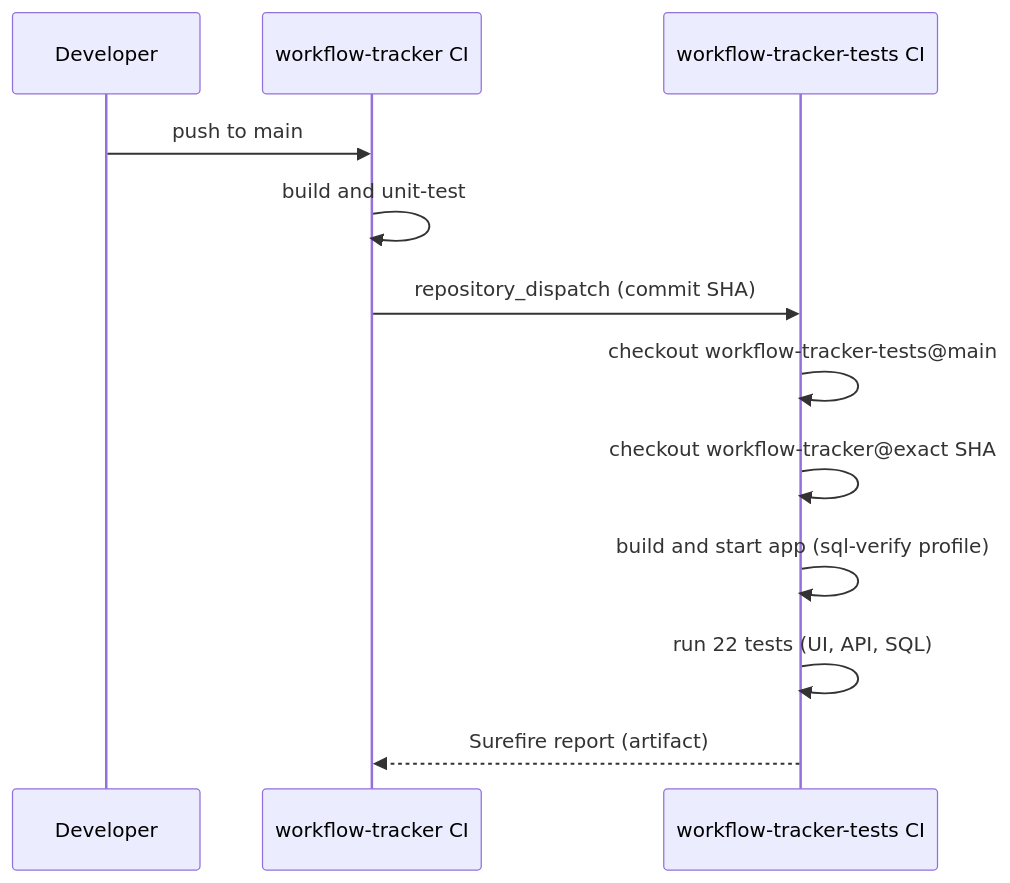
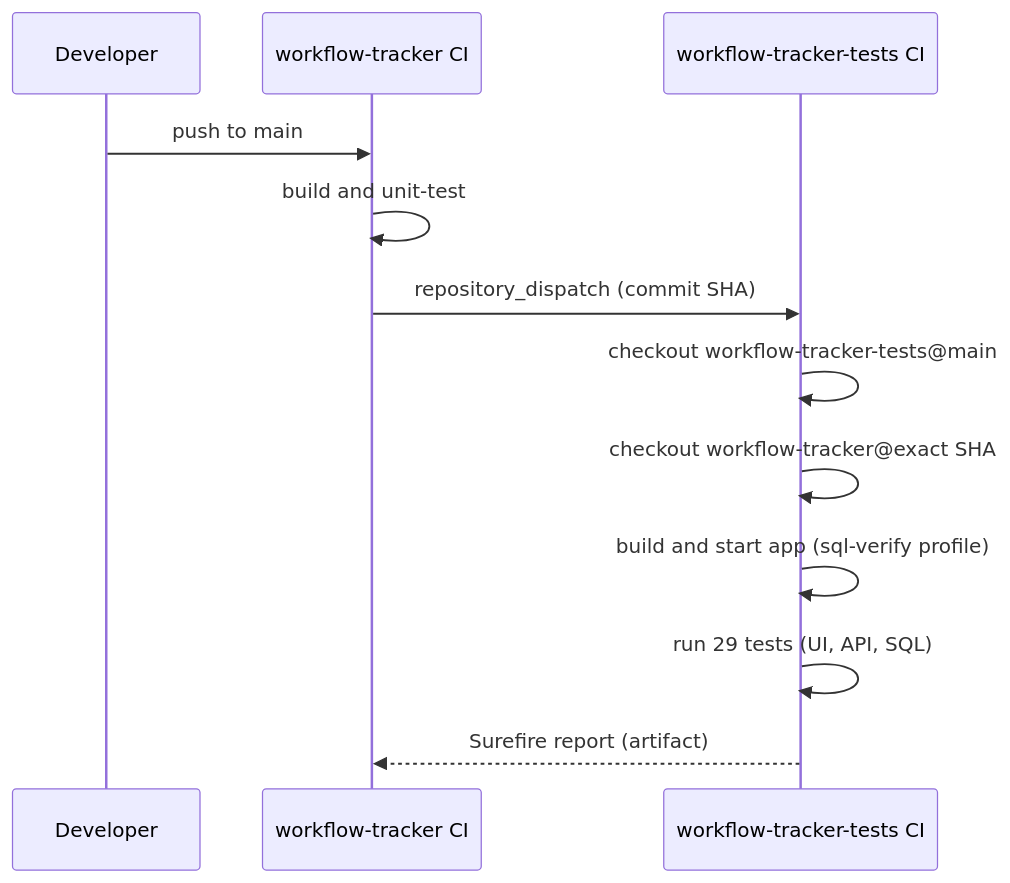
Before and after one commit to frankfulcomer/workflow-tracker-tests: the second of 2 diagrams in README.md, drawn with Mermaid. The commit also changed other lines of this file and 8 other files, not shown here.

````diff
--- a/README.md
+++ b/README.md
@@ -63,15 +63,15 @@
 ```mermaid
 sequenceDiagram
     participant Dev as Developer
     participant App as workflow-tracker CI
     participant Tests as workflow-tracker-tests CI
 
     Dev->>App: push to main
     App->>App: build and unit-test
     App->>Tests: repository_dispatch (commit SHA)
     Tests->>Tests: checkout workflow-tracker-tests@main
     Tests->>Tests: checkout workflow-tracker@exact SHA
     Tests->>Tests: build and start app (sql-verify profile)
-    Tests->>Tests: run 22 tests (UI, API, SQL)
+    Tests->>Tests: run 29 tests (UI, API, SQL)
     Tests-->>App: Surefire report (artifact)
 ```
````
